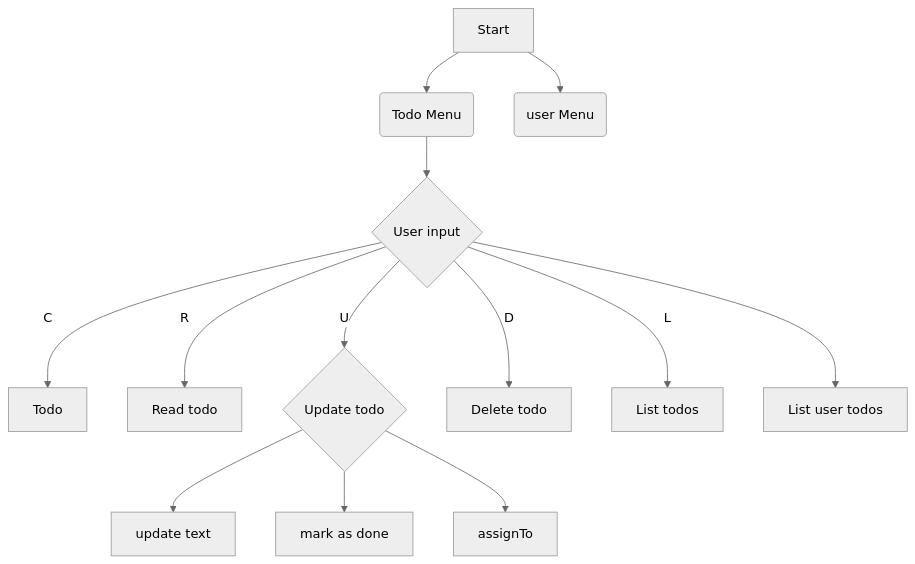
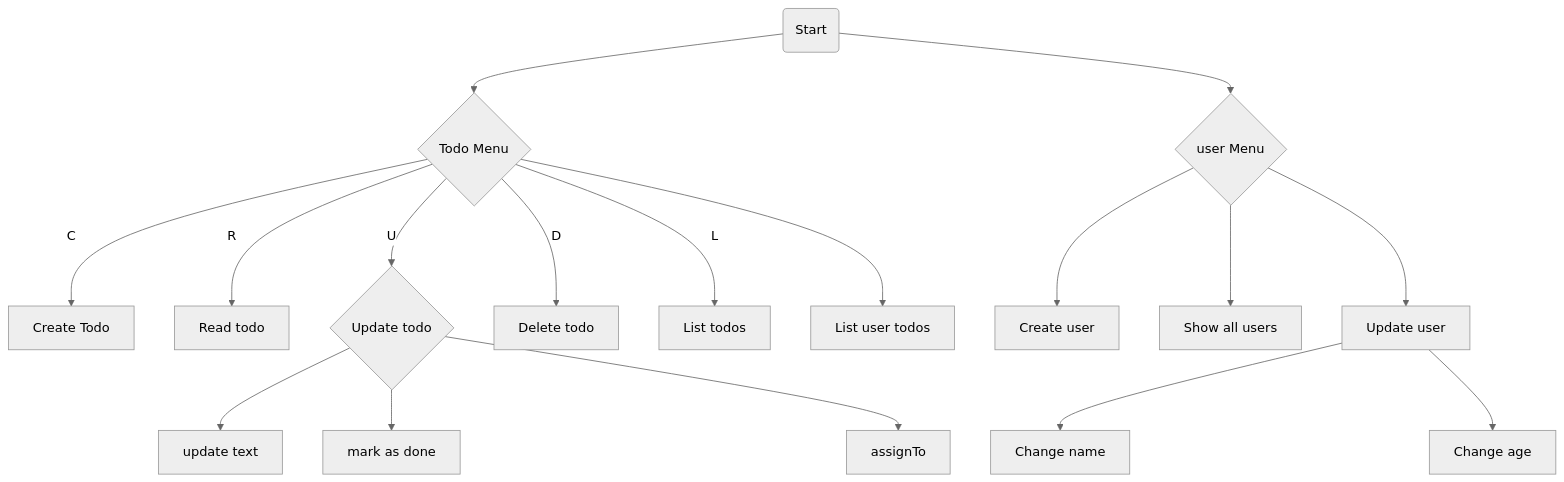
Before and after one commit to Campus-Molndal-JIN23/todolist-Bremmster: the third of 5 diagrams in KristianKarlson.md, drawn with Mermaid (neutral theme). The commit also changed other lines of this file and 2 other files, not shown here.

Commit message:
presentation tillagd

````diff
--- a/KristianKarlson.md
+++ b/KristianKarlson.md
@@ -35,15 +35,20 @@
 ``` mermaid
 flowchart TD
-    A[Start] --> B(Todo Menu)
-    A --> usr(user Menu)
-    B -->C{User input}
-    C -->|C| D[Todo]
+    A(Start) --> C{Todo Menu}
+    A --> usr{user Menu}
+    
+    C -->|C| D[Create Todo]
     C -->|R| E[Read todo]
     C -->|U| F{Update todo}
     F --> F1[update text]
     F --> F2[mark as done]
     F --> F3[assignTo]
     C --> |D|G[Delete todo]
     C --> |L|H[List todos]
     C --> I[List user todos]
+    usr-->CU[Create user]
+    usr-->SU[Show all users]
+    usr-->UU[Update user]
+    UU-->UC[Change name]
+    UU-->UA[Change age]
 ```
````
